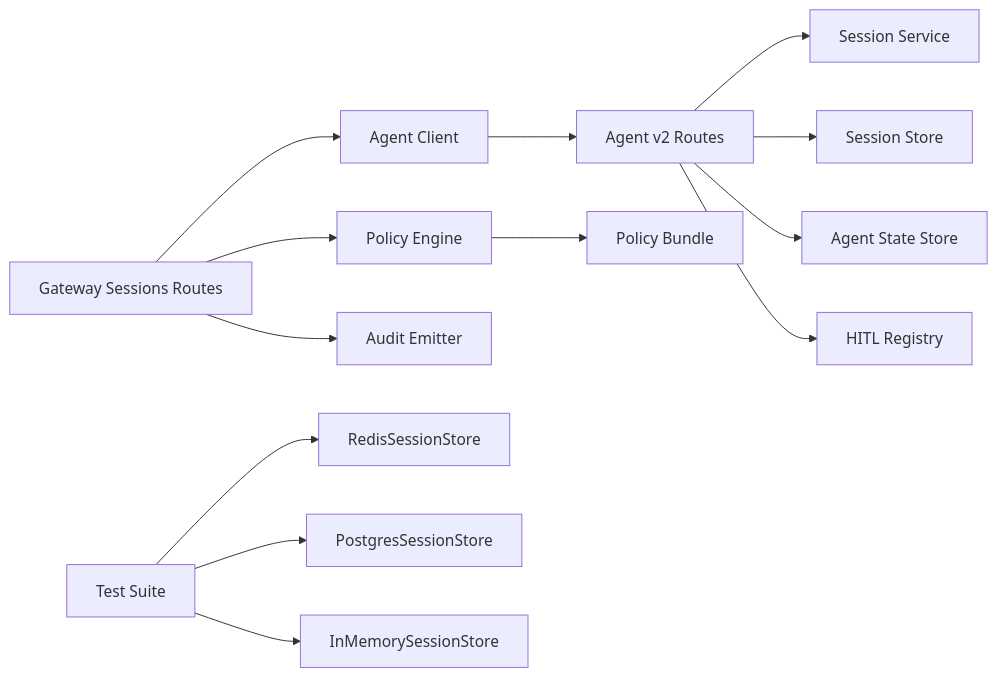
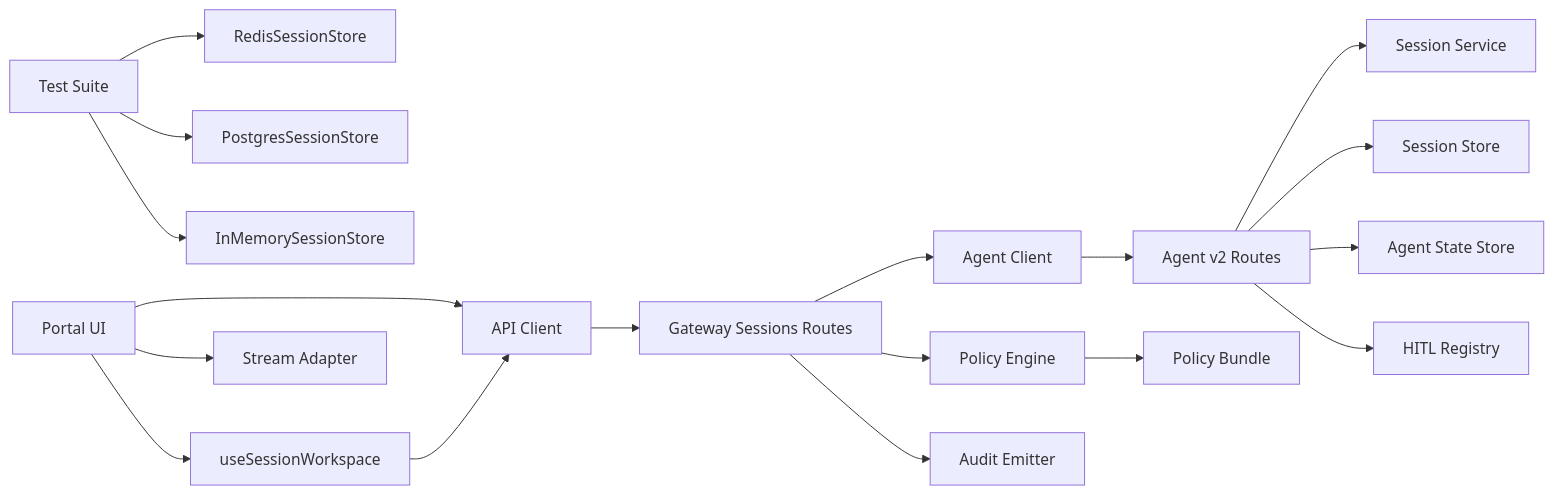
One commit to metasync/luban-aiops changed the eighth of 8 diagrams in .qoder/repowiki/en/content/Architecture Documentation/SPEC-022_ Multi-Session Operator Workspace.md. Above: the diagram before and after it, drawn with Mermaid. The commit also changed other lines of this file and 51 other files, not shown here.

````diff
--- a/.qoder/repowiki/en/content/Architecture Documentation/SPEC-022_ Multi-Session Operator Workspace.md
+++ b/.qoder/repowiki/en/content/Architecture Documentation/SPEC-022_ Multi-Session Operator Workspace.md
@@ -360,15 +400,20 @@
 ```mermaid
 graph LR
 V2Routes["Agent v2 Routes"] --> SessionService["Session Service"]
 V2Routes --> SessionStore["Session Store"]
 V2Routes --> StateStore["Agent State Store"]
 V2Routes --> HITL["HITL Registry"]
 GWRoutes["Gateway Sessions Routes"] --> Policy["Policy Engine"]
 GWRoutes --> AgentClient["Agent Client"]
 GWRoutes --> Audit["Audit Emitter"]
 AgentClient --> V2Routes
 Policy --> PolicyBundle["Policy Bundle"]
 Tests["Test Suite"] --> RedisStore["RedisSessionStore"]
 Tests --> PostgresStore["PostgresSessionStore"]
 Tests --> MemoryStore["InMemorySessionStore"]
+Portal["Portal UI"] --> SessionHook["useSessionWorkspace"]
+Portal --> APIClient["API Client"]
+Portal --> StreamAdapter["Stream Adapter"]
+SessionHook --> APIClient
+APIClient --> GWRoutes
 ```
````
